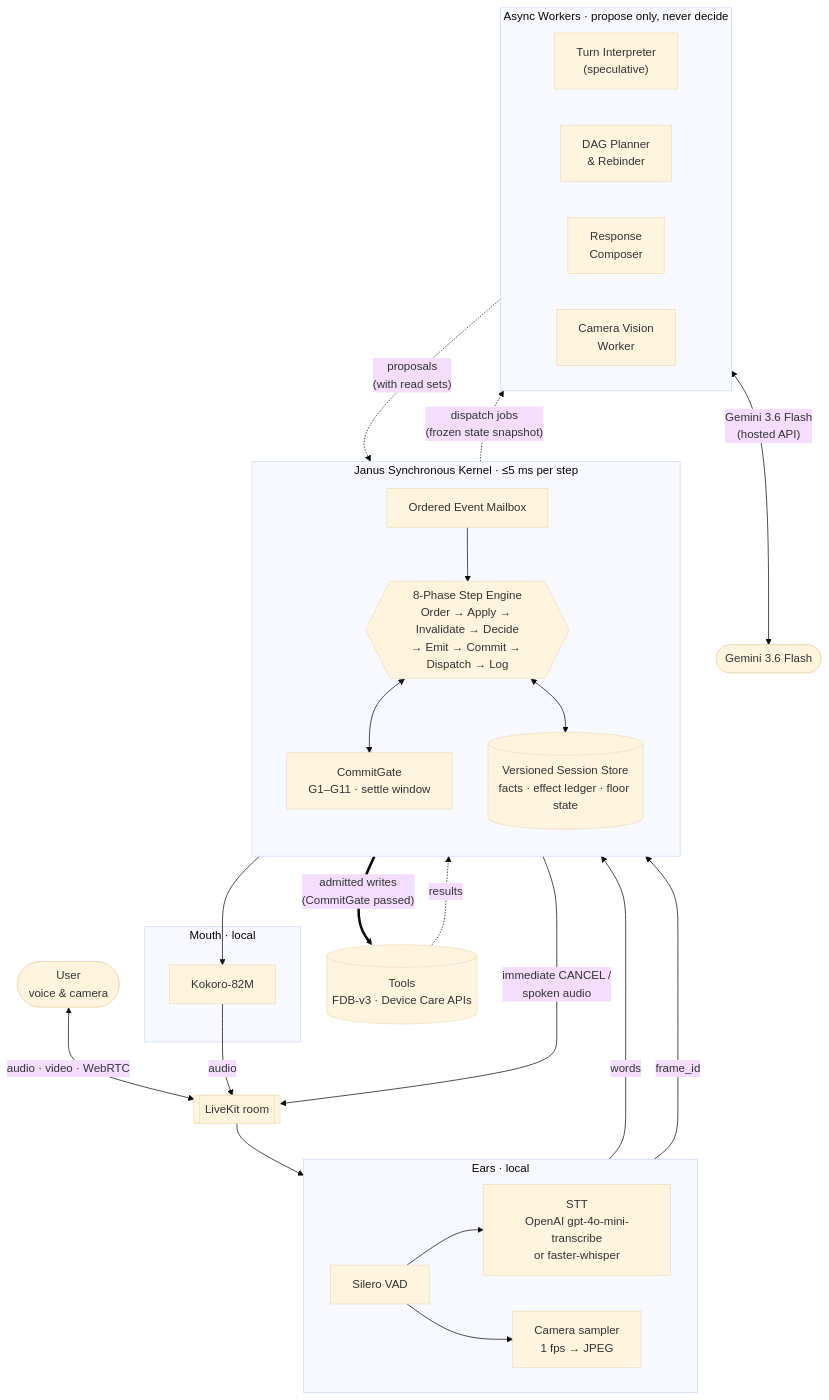
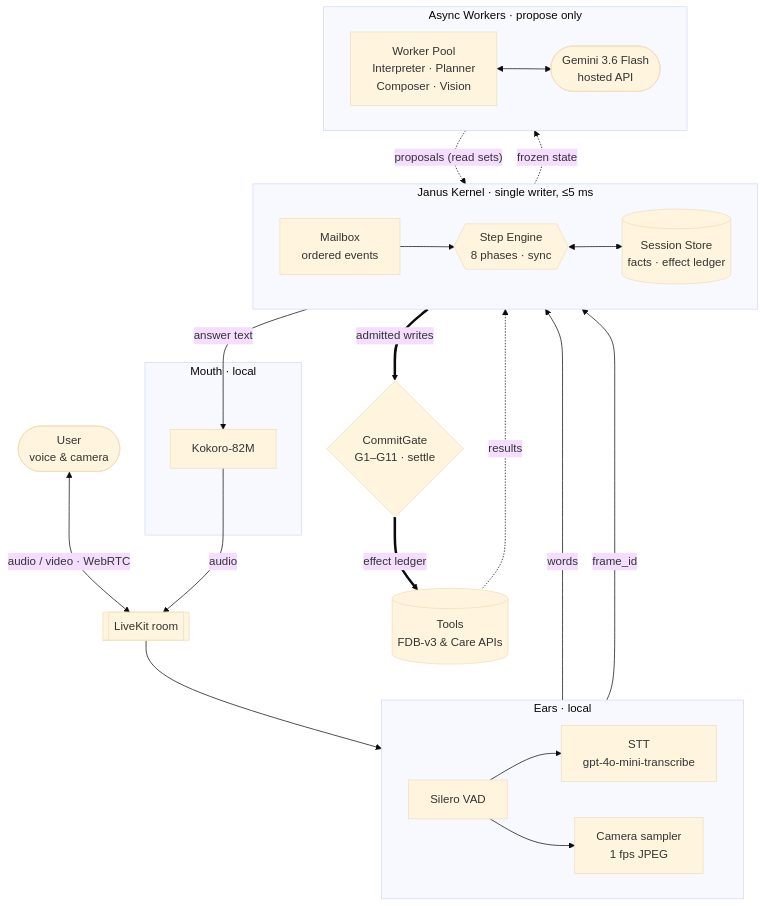
One commit to AdithyaSanthosh-P/Janus changed the second of 6 diagrams in README.md. Above: the diagram before and after it, drawn with Mermaid (base theme). The commit also changed other lines of this file, not shown here.

````diff
--- a/README.md
+++ b/README.md
@@ -66,49 +77,44 @@
 ```mermaid
 flowchart TB
-    U(["User<br/>voice & camera"]) <-->|"audio · video · WebRTC"| ROOM[["LiveKit room"]]
+    U(["User<br/>voice & camera"]) <-->|"audio / video · WebRTC"| ROOM[["LiveKit room"]]
     ROOM --> VAD
 
     subgraph EARS["Ears · local"]
         direction LR
-        VAD["Silero VAD"] --> ASR["STT<br/>OpenAI gpt-4o-mini-transcribe<br/>or faster-whisper"]
-        VAD --> CAM["Camera sampler<br/>1 fps → JPEG"]
+        VAD["Silero VAD"] --> ASR["STT<br/>gpt-4o-mini-transcribe"]
+        VAD --> CAM["Camera sampler<br/>1 fps JPEG"]
     end
 
     ASR -->|words| MAILBOX
     CAM -->|frame_id| MAILBOX
 
-    subgraph KERNEL["Janus Synchronous Kernel · ≤5 ms per step"]
-        direction TB
-        MAILBOX["Ordered Event Mailbox"]
-        ENGINE{{"8-Phase Step Engine<br/>Order → Apply → Invalidate → Decide<br/>→ Emit → Commit → Dispatch → Log"}}
-        GATE["CommitGate<br/>G1–G11 · settle window"]
-        STORE[("Versioned Session Store<br/>facts · effect ledger · floor state")]
-
+    subgraph KERNEL["Janus Kernel · single writer, ≤5 ms"]
+        direction LR
+        MAILBOX["Mailbox<br/>ordered events"]
+        ENGINE{{"Step Engine<br/>8 phases · sync"}}
+        STORE[("Session Store<br/>facts · effect ledger")]
         MAILBOX --> ENGINE
-        ENGINE <--> GATE
         ENGINE <--> STORE
     end
 
-    subgraph WORKERS["Async Workers · propose only, never decide"]
+    subgraph WORKERS["Async Workers · propose only"]
         direction LR
-        INTERP["Turn Interpreter<br/>(speculative)"]
-        PLAN["DAG Planner<br/>& Rebinder"]
-        COMPOSE["Response<br/>Composer"]
-        VISION["Camera Vision<br/>Worker"]
+        POOL["Worker Pool<br/>Interpreter · Planner<br/>Composer · Vision"]
+        LLM(["Gemini 3.6 Flash<br/>hosted API"])
+        POOL <--> LLM
     end
 
-    WORKERS <-->|"Gemini 3.6 Flash<br/>(hosted API)"| LLM(["Gemini 3.6 Flash"])
+    ENGINE -.->|"frozen state"| POOL
+    POOL -.->|"proposals (read sets)"| MAILBOX
 
-    ENGINE -.->|"dispatch jobs<br/>(frozen state snapshot)"| WORKERS
-    WORKERS -.->|"proposals<br/>(with read sets)"| MAILBOX
+    GATE{"CommitGate<br/>G1–G11 · settle"}
+    ENGINE ==>|"admitted writes"| GATE
+    GATE ==>|"effect ledger"| TOOLS[("Tools<br/>FDB-v3 & Care APIs")]
+    TOOLS -.->|results| MAILBOX
 
-    ENGINE ==>|"admitted writes<br/>(CommitGate passed)"| TOOLS[("Tools<br/>FDB-v3 · Device Care APIs")]
-    TOOLS -.->|results| MAILBOX
-    ENGINE -->|"immediate CANCEL /<br/>spoken audio"| ROOM
-
+    ENGINE -->|"answer text"| TTS
     subgraph MOUTH["Mouth · local"]
         TTS["Kokoro-82M"]
     end
-    ENGINE --> TTS
     TTS -->|audio| ROOM
 ```
````
